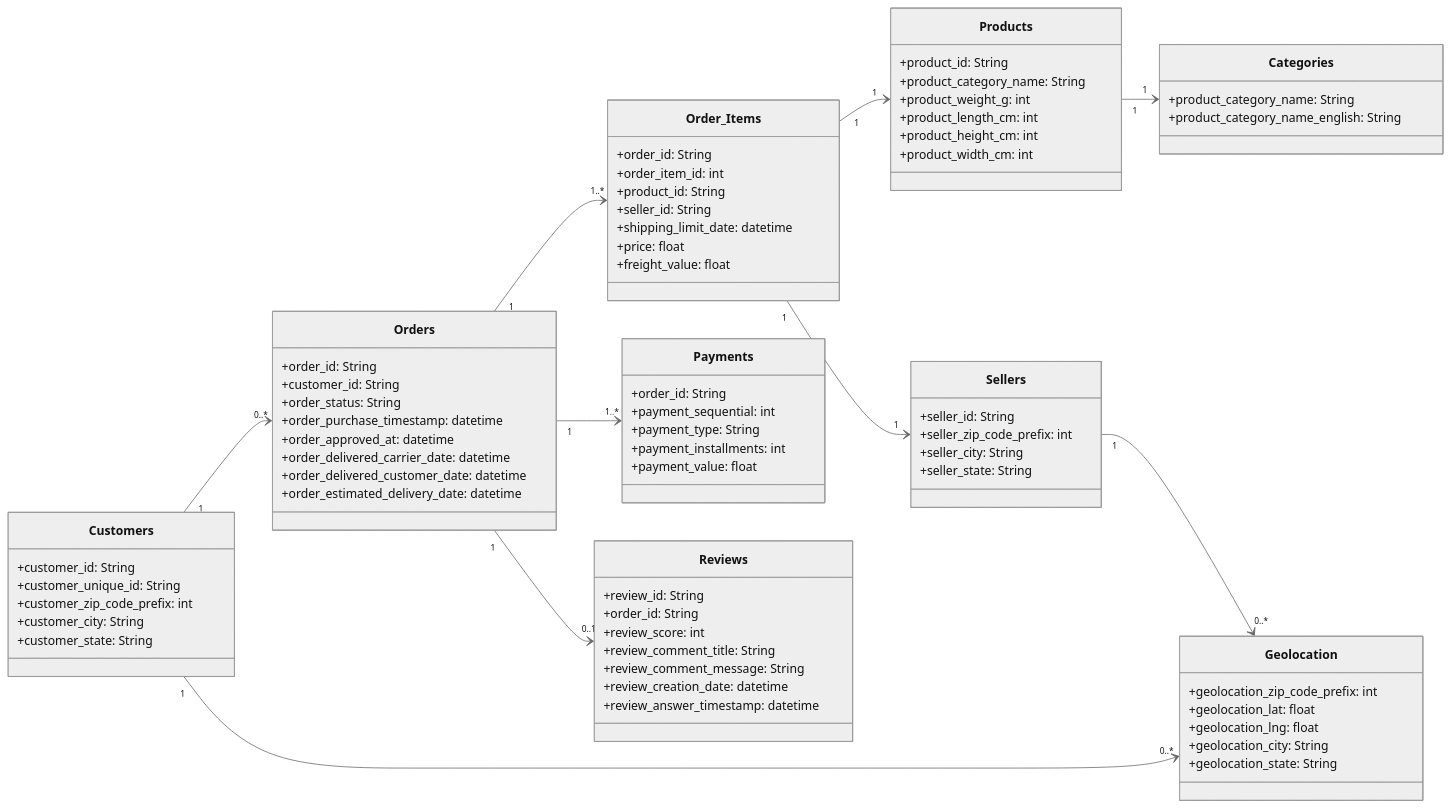
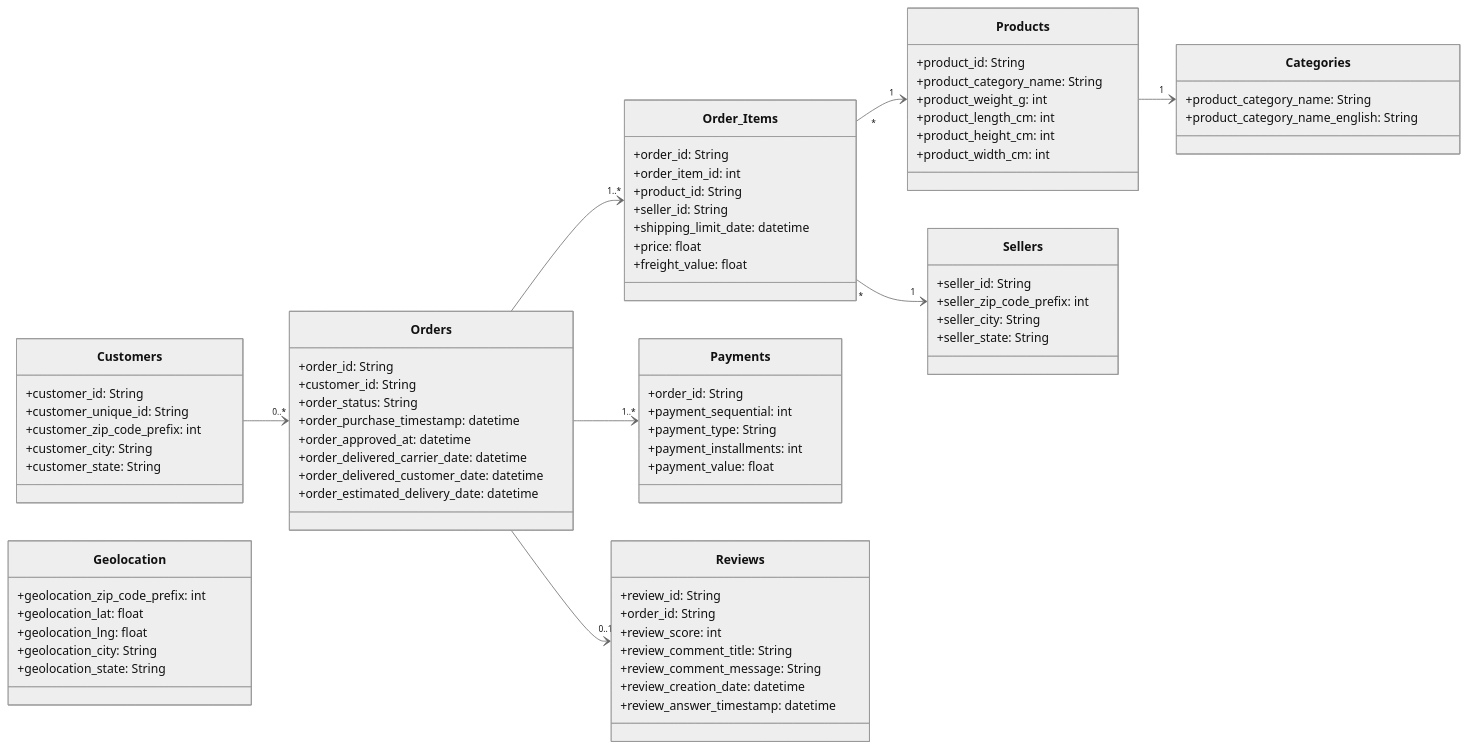
One commit to Thiago309/Teste_Tecnico_Programa_Trainee_triggo.ai changed the diagram in README.md. Above: the diagram before and after it, drawn with Mermaid (neutral theme). The commit also changed other lines of this file, not shown here.

````diff
--- a/README.md
+++ b/README.md
@@ -80,14 +289,12 @@
         +geolocation_state: String
     }
 
-    Customers "1" --> "0..*" Orders
-    Orders "1" --> "1..*" Order_Items
-    Order_Items "1" --> "1" Products
-    Products "1" --> "1" Categories
-    Order_Items "1" --> "1" Sellers
-    Orders "1" --> "1..*" Payments
-    Orders "1" --> "0..1" Reviews
-    Customers "1" --> "0..*" Geolocation
-    Sellers "1" --> "0..*" Geolocation
+    Customers --> "0..*" Orders
+    Orders --> "1..*" Order_Items
+    Order_Items "*" --> "1" Products
+    Products --> "1" Categories
+    Order_Items "*" --> "1" Sellers
+    Orders --> "1..*" Payments
+    Orders --> "0..1" Reviews
 
 ```
````
